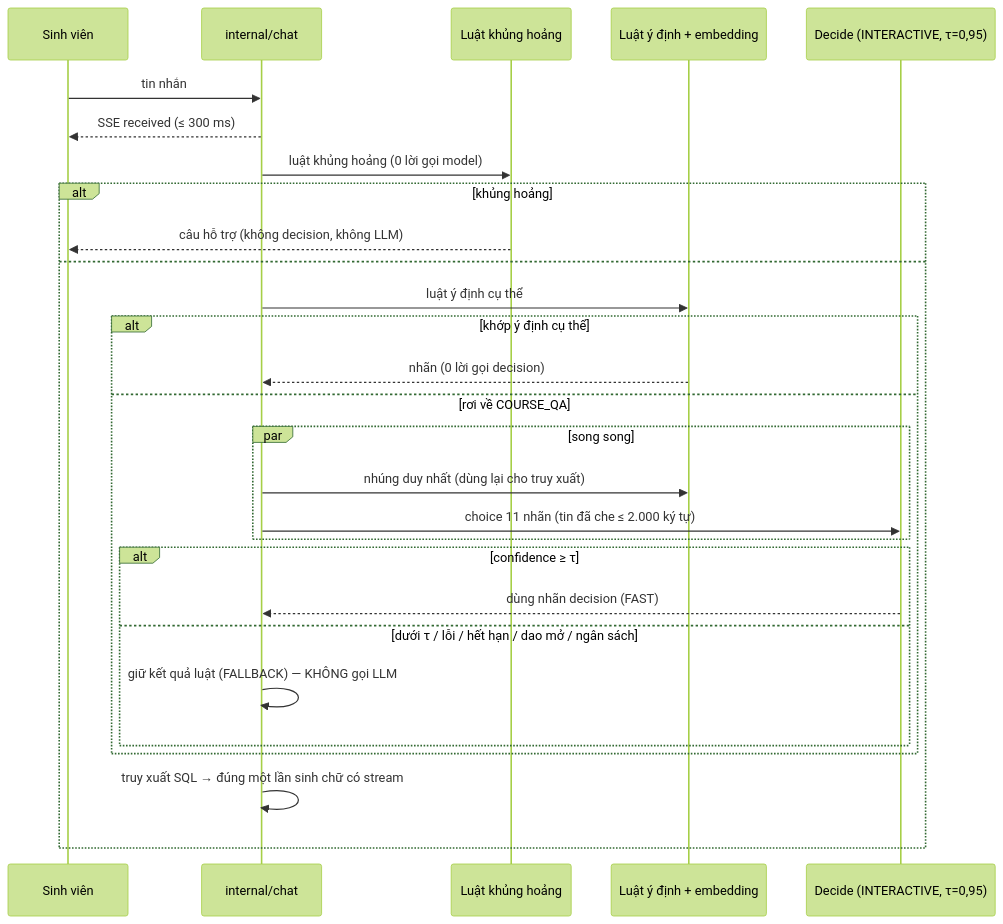
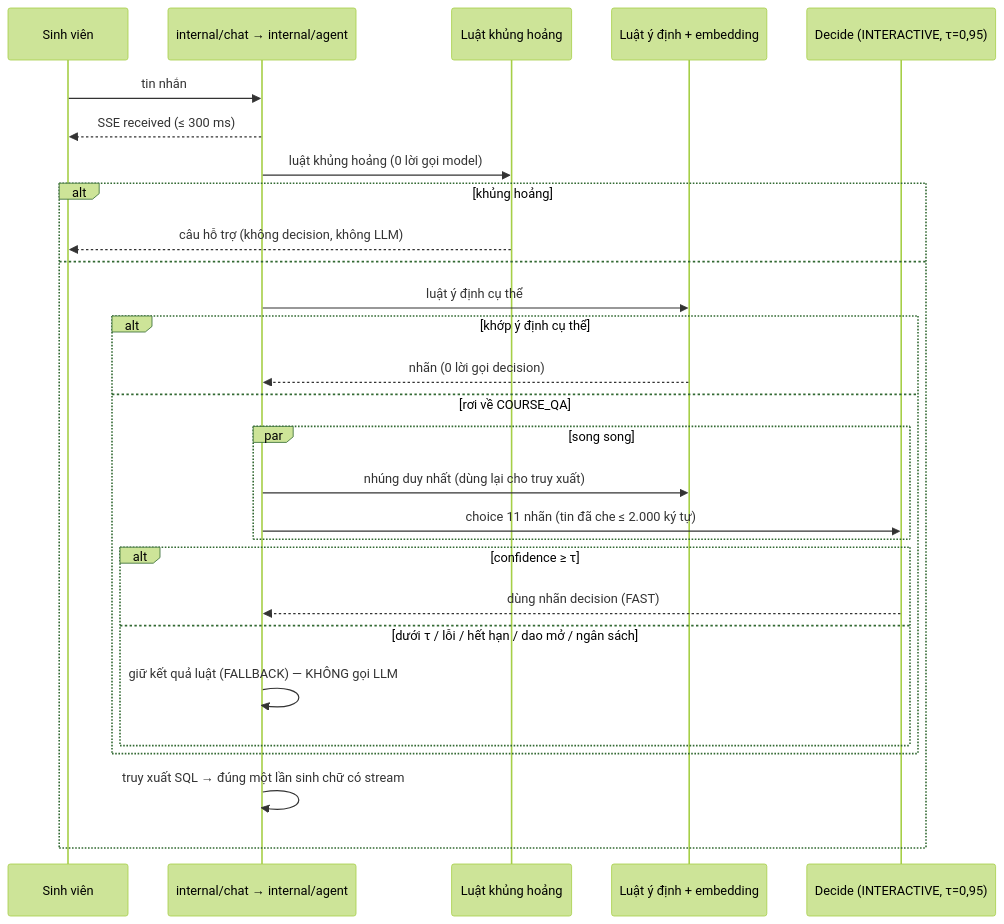
Before and after one commit to kagamikuro1024/EduPilot-v2: the fourth of 5 diagrams in docs/specs/FEAT-decision-model/SRS.md, drawn with Mermaid (forest theme). The commit also changed other lines of this file and 1 other file, not shown here.

Commit message:
10.5: BA đối chiếu tên test trong FEAT-decision-model §9/§11 và US với mã thật (bỏ 7 tên không tồn tại; cổng Threads ở internal/thread); SRS v1.2

````diff
--- a/docs/specs/FEAT-decision-model/SRS.md
+++ b/docs/specs/FEAT-decision-model/SRS.md
@@ -124,30 +126,30 @@
 ```mermaid
 sequenceDiagram
   participant U as Sinh viên
-  participant Ch as internal/chat
+  participant Ch as internal/chat → internal/agent
   participant K as Luật khủng hoảng
   participant R as Luật ý định + embedding
   participant D as Decide (INTERACTIVE, τ=0,95)
   U->>Ch: tin nhắn
   Ch-->>U: SSE received (≤ 300 ms)
   Ch->>K: luật khủng hoảng (0 lời gọi model)
   alt khủng hoảng
     K-->>U: câu hỗ trợ (không decision, không LLM)
   else
     Ch->>R: luật ý định cụ thể
     alt khớp ý định cụ thể
       R-->>Ch: nhãn (0 lời gọi decision)
     else rơi về COURSE_QA
       par song song
         Ch->>R: nhúng duy nhất (dùng lại cho truy xuất)
         Ch->>D: choice 11 nhãn (tin đã che ≤ 2.000 ký tự)
       end
       alt confidence ≥ τ
         D-->>Ch: dùng nhãn decision (FAST)
       else dưới τ / lỗi / hết hạn / dao mở / ngân sách
         Ch->>Ch: giữ kết quả luật (FALLBACK) — KHÔNG gọi LLM
       end
     end
     Ch->>Ch: truy xuất SQL → đúng một lần sinh chữ có stream
   end
 ```
````
